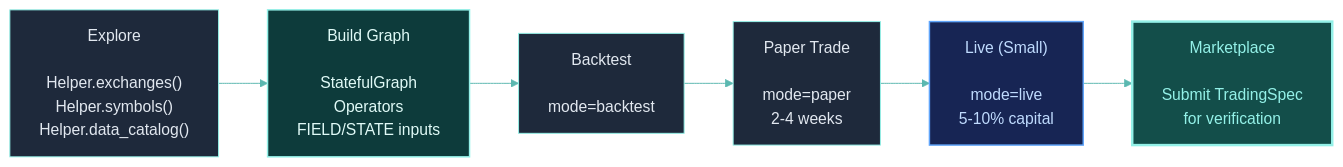
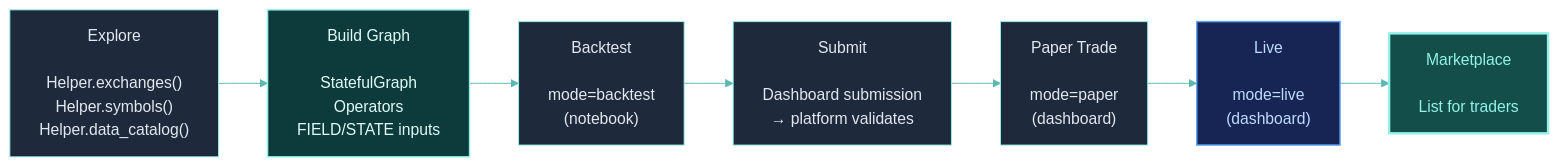
The diagram in platform/builder-guide.mdx (Clypt/docs), drawn with Mermaid before and after one commit. The commit also changed other lines of this file and 43 other files, not shown here.

````diff
--- a/platform/builder-guide.mdx
+++ b/platform/builder-guide.mdx
@@ -196,18 +198,19 @@
 ```mermaid
 %%{init: {'theme': 'base', 'themeVariables': { 'primaryColor': '#1e293b', 'primaryTextColor': '#e2e8f0', 'primaryBorderColor': '#94F1E8', 'lineColor': '#5bb8b0', 'clusterBkg': '#0f172a', 'clusterBorder': '#1e3a3a', 'titleColor': '#94F1E8', 'edgeLabelBackground': 'transparent' }}}%%
 flowchart LR
     classDef source fill:#0d3b3b,stroke:#94F1E8,stroke-width:1.5px,color:#e0faf7
     classDef action fill:#172554,stroke:#60a5fa,stroke-width:1.5px,color:#bfdbfe
     classDef highlight fill:#134e4a,stroke:#94F1E8,stroke-width:2.5px,color:#94F1E8
     S1["Explore<br><br>Helper.exchanges()<br>Helper.symbols()<br>Helper.data_catalog()"]
     S2["Build Graph<br><br>StatefulGraph<br>Operators<br>FIELD/STATE inputs"]
-    S3["Backtest<br><br>mode=backtest"]
-    S4["Paper Trade<br><br>mode=paper<br>2-4 weeks"]
-    S5["Live (Small)<br><br>mode=live<br>5-10% capital"]
-    S6["Marketplace<br><br>Submit TradingSpec<br>for verification"]
+    S3["Backtest<br><br>mode=backtest<br>(notebook)"]
+    S4["Submit<br><br>Dashboard submission<br>→ platform validates"]
+    S5["Paper Trade<br><br>mode=paper<br>(dashboard)"]
+    S6["Live<br><br>mode=live<br>(dashboard)"]
+    S7["Marketplace<br><br>List for traders"]
 
-    S1 --> S2 --> S3 --> S4 --> S5 --> S6
+    S1 --> S2 --> S3 --> S4 --> S5 --> S6 --> S7
     class S2 source
-    class S5 action
-    class S6 highlight
+    class S6 action
+    class S7 highlight
 ```
````
